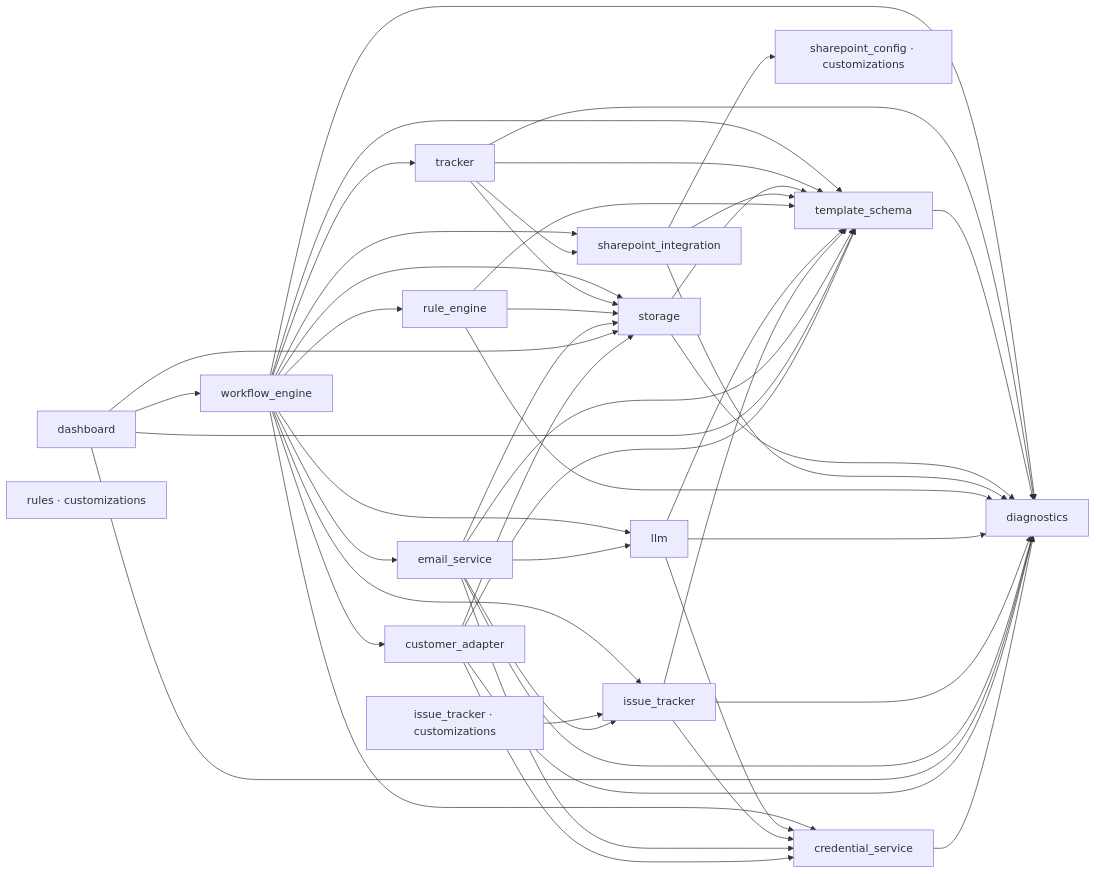
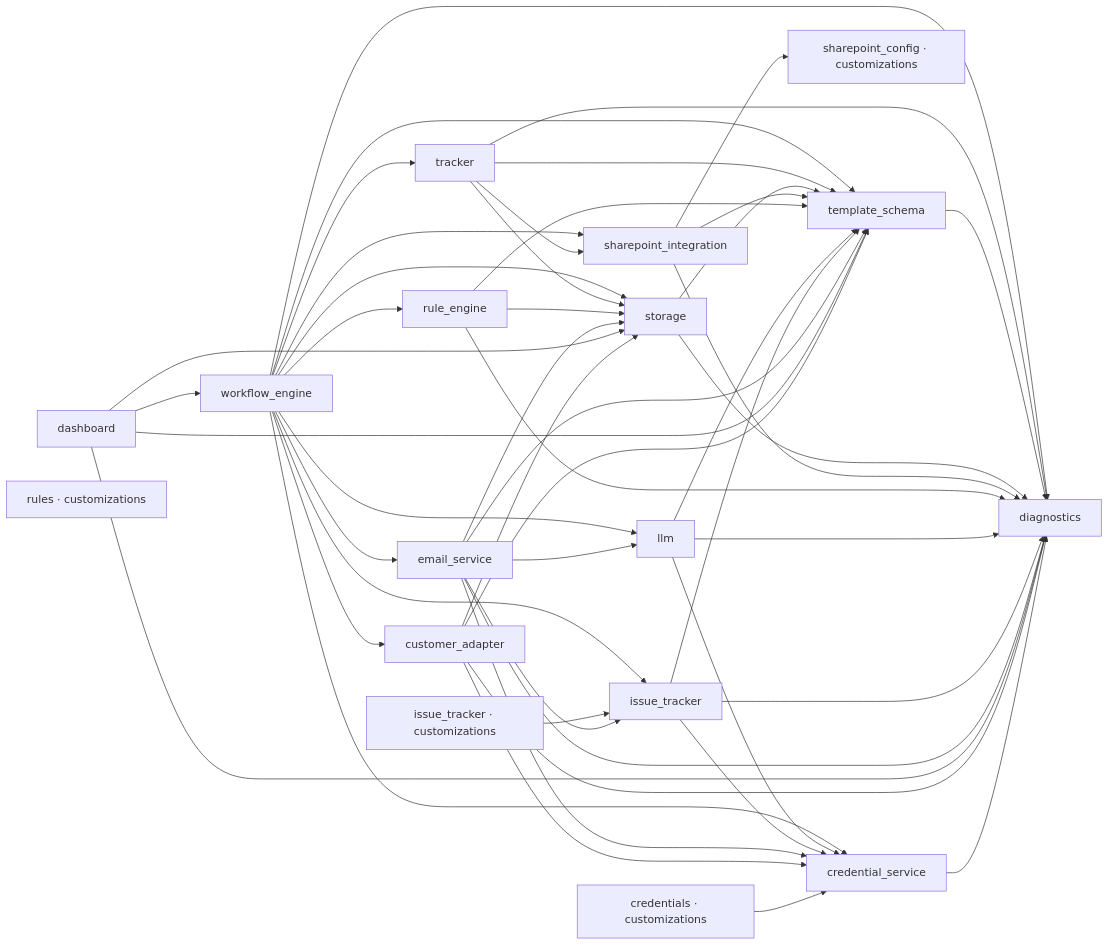
Before and after one commit to kurnoolion/hilda: the diagram in docs/compact/MAP.md, drawn with Mermaid. The commit also changed other lines of this file and 1 other file, not shown here.

````diff
--- a/docs/compact/MAP.md
+++ b/docs/compact/MAP.md
@@ -26,66 +28,68 @@
 ```mermaid
 flowchart LR
     m_credential_service[credential_service]
+    m_credentials_cust[credentials · customizations]
     m_customer_adapter[customer_adapter]
     m_dashboard[dashboard]
     m_diagnostics[diagnostics]
     m_email_service[email_service]
     m_issue_tracker[issue_tracker]
     m_issue_tracker_cust[issue_tracker · customizations]
     m_llm[llm]
     m_rule_engine[rule_engine]
     m_rules_cust[rules · customizations]
     m_sharepoint_config[sharepoint_config · customizations]
     m_sharepoint_integration[sharepoint_integration]
     m_storage[storage]
     m_template_schema[template_schema]
     m_tracker[tracker]
     m_workflow_engine[workflow_engine]
 
     m_credential_service --> m_diagnostics
+    m_credentials_cust --> m_credential_service
     m_customer_adapter --> m_diagnostics
     m_customer_adapter --> m_credential_service
     m_customer_adapter --> m_storage
     m_customer_adapter --> m_template_schema
     m_dashboard --> m_diagnostics
     m_dashboard --> m_storage
     m_dashboard --> m_template_schema
     m_dashboard --> m_workflow_engine
     m_email_service --> m_diagnostics
     m_email_service --> m_credential_service
     m_email_service --> m_storage
     m_email_service --> m_template_schema
     m_email_service --> m_llm
     m_email_service --> m_issue_tracker
     m_issue_tracker --> m_diagnostics
     m_issue_tracker --> m_template_schema
     m_issue_tracker --> m_credential_service
     m_issue_tracker_cust --> m_issue_tracker
     m_llm --> m_diagnostics
     m_llm --> m_credential_service
     m_llm --> m_template_schema
     m_rule_engine --> m_diagnostics
     m_rule_engine --> m_template_schema
     m_rule_engine --> m_storage
     m_sharepoint_integration --> m_diagnostics
     m_sharepoint_integration --> m_template_schema
     m_sharepoint_integration --> m_sharepoint_config
     m_storage --> m_diagnostics
     m_storage --> m_template_schema
     m_template_schema --> m_diagnostics
     m_tracker --> m_diagnostics
     m_tracker --> m_template_schema
     m_tracker --> m_storage
     m_tracker --> m_sharepoint_integration
     m_workflow_engine --> m_diagnostics
     m_workflow_engine --> m_template_schema
     m_workflow_engine --> m_rule_engine
     m_workflow_engine --> m_storage
     m_workflow_engine --> m_credential_service
     m_workflow_engine --> m_sharepoint_integration
     m_workflow_engine --> m_email_service
     m_workflow_engine --> m_customer_adapter
     m_workflow_engine --> m_issue_tracker
     m_workflow_engine --> m_llm
     m_workflow_engine --> m_tracker
 ```
````
